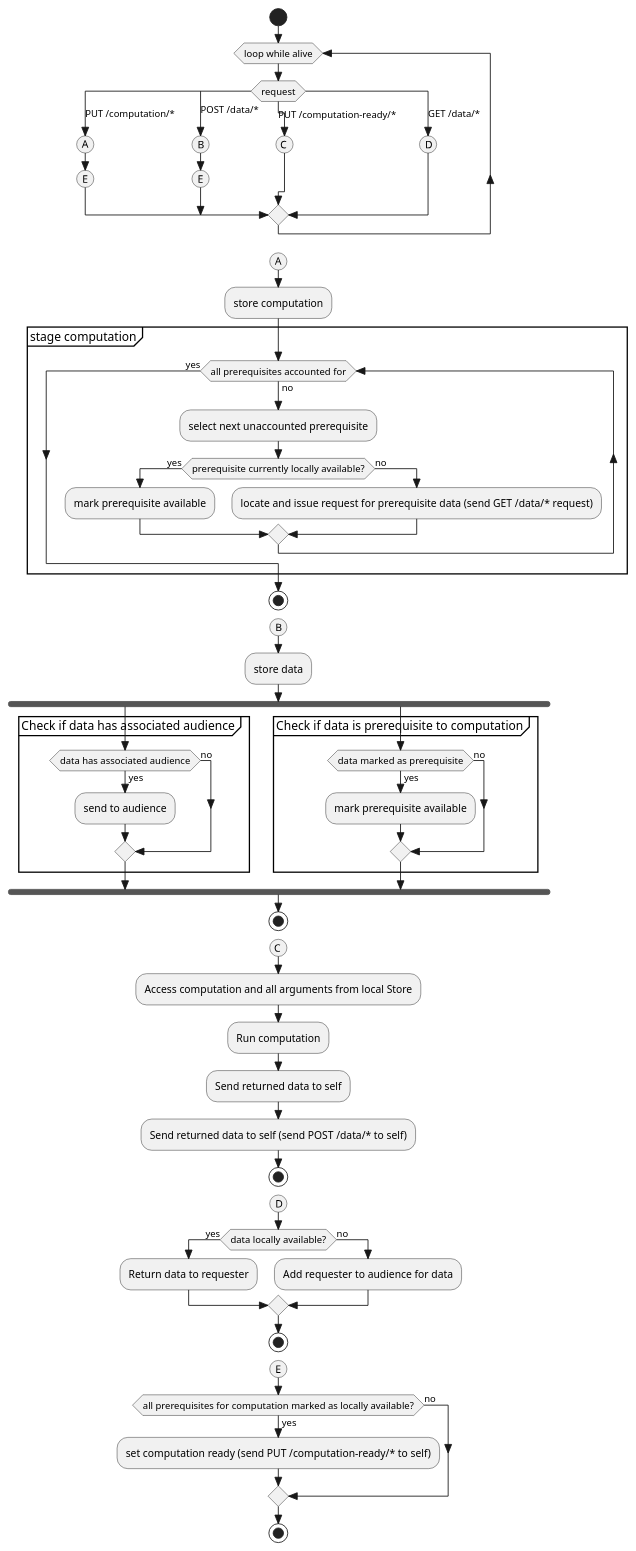
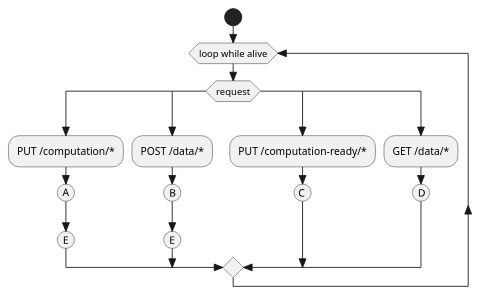
The diagram in img/workerops.puml (jcai849/thesis), drawn with PlantUML before and after one commit. The commit also changed 24 other files, not shown here.

```diff
--- a/img/workerops.puml
+++ b/img/workerops.puml
@@ -1,80 +1,27 @@
 @startuml
 skinparam monochrome true
 skinparam shadowing false
 skinparam style strictuml
 
 start
 while (loop while alive)
 switch (request)
-case (PUT /computation/*)
+case ( )
+:PUT /computation/*;
 (A)
 (E)
-case (POST /data/*)
+case ( )
+:POST /data/*;
 (B)
 (E)
-case (PUT /computation-ready/*)
+case ( )
+:PUT /computation-ready/*;
 (C)
-case (GET /data/*)
+case ( )
+:GET /data/*;
 (D)
 endswitch
 endwhile
 -[hidden]->
 detach
-
-(A)
-:store computation;
-group stage computation
-while (all prerequisites accounted for) is (no)
-:select next unaccounted prerequisite;
-if (prerequisite currently locally available?) then (yes)
-:mark prerequisite available;
-else (no)
-:locate and issue request for prerequisite data (send GET /data/* request);
-endif
-endwhile (yes)
-end group
-stop
-
-(B)
-:store data;
-fork
-group Check if data has associated audience
-if (data has associated audience) then (yes)
-:send to audience;
-else (no)
-endif
-end group
-fork again
-group Check if data is prerequisite to computation
-if (data marked as prerequisite) then (yes)
-:mark prerequisite available;
-else (no)
-endif
-end group
-end fork
-
-stop
-
-(C)
-:Access computation and all arguments from local Store;
-:Run computation;
-:Send returned data to self;
-:Send returned data to self (send POST /data/* to self);
-stop
-
-(D)
-if (data locally available?) then (yes)
-:Return data to requester;
-else (no)
-:Add requester to audience for data;
-endif
-stop
-
-(E)
-if (all prerequisites for computation marked as locally available?) then (yes)
-:set computation ready (send PUT /computation-ready/* to self);
-else (no)
-endif
-stop
-
 @enduml
```
